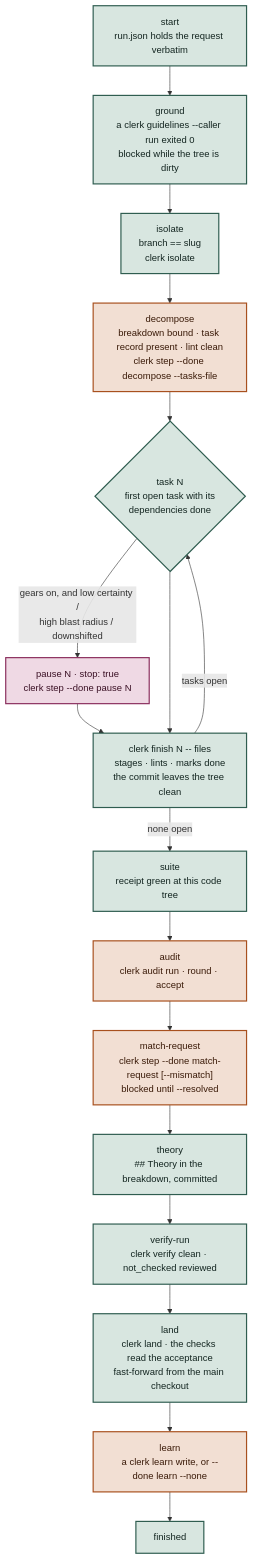
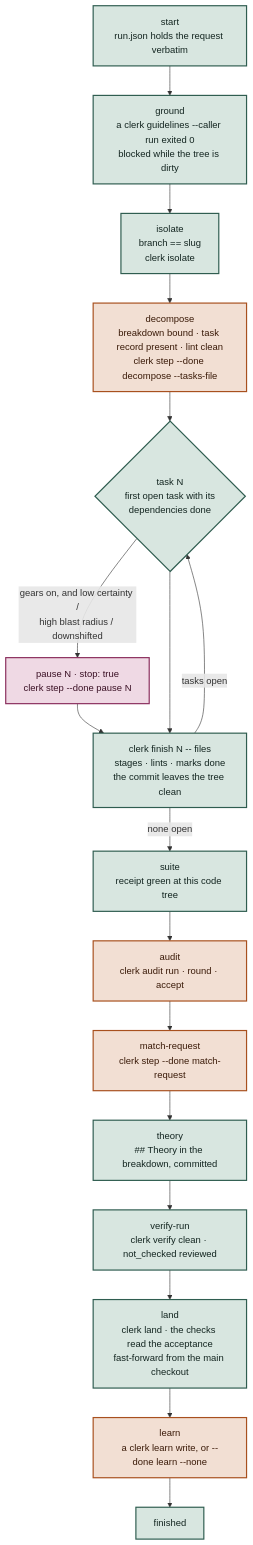
One commit to hpcsc/dotfiles changed the second of 5 diagrams in link/common/dot-config/.config/ai/method/README.md. Above: the diagram before and after it, drawn with Mermaid. The commit also changed 8 other files, not shown here.

First line of the commit message:
Keep match-request's reading, drop its state machine

````diff
--- a/link/common/dot-config/.config/ai/method/README.md
+++ b/link/common/dot-config/.config/ai/method/README.md
@@ -118,25 +118,25 @@
 ```mermaid
 flowchart TD
   START["start<br/>run.json holds the request verbatim"] --> GROUND
   GROUND["ground<br/>a clerk guidelines --caller run exited 0<br/>blocked while the tree is dirty"] --> ISOLATE
   ISOLATE["isolate<br/>branch == slug<br/>clerk isolate"] --> PLAN
   PLAN["decompose<br/>breakdown bound · task record present · lint clean<br/>clerk step --done decompose --tasks-file"] --> TASK
   TASK{"task N<br/>first open task with its<br/>dependencies done"} -->|"gears on, and low certainty /<br/>high blast radius / downshifted"| TESTS
   TESTS["pause N · stop: true<br/>clerk step --done pause N"] --> BUILD
   TASK --> BUILD["clerk finish N -- files<br/>stages · lints · marks done<br/>the commit leaves the tree clean"]
   BUILD -->|"tasks open"| TASK
   BUILD -->|"none open"| SUITE
   SUITE["suite<br/>receipt green at this code tree"] --> AUDIT
   AUDIT["audit<br/>clerk audit run · round · accept"] --> VALIDATE
-  VALIDATE["match-request<br/>clerk step --done match-request [--mismatch]<br/>blocked until --resolved"] --> THEORY
+  VALIDATE["match-request<br/>clerk step --done match-request"] --> THEORY
   THEORY["theory<br/>## Theory in the breakdown, committed"] --> VERIFY
   VERIFY["verify-run<br/>clerk verify clean · not_checked reviewed"] --> LAND
   LAND["land<br/>clerk land · the checks read the acceptance<br/>fast-forward from the main checkout"] --> LEARN
   LEARN["learn<br/>a clerk learn write, or --done learn --none"] --> FIN["finished"]
   classDef derived fill:#D8E6E0,stroke:#2F5D50,stroke-width:2px,color:#132520
   classDef asserted fill:#F2DFD3,stroke:#A8501E,stroke-width:2px,color:#3A1A08
   classDef checked fill:#EFD9E4,stroke:#8A2E5D,stroke-width:2px,color:#3A1024
   class START,GROUND,ISOLATE,TASK,BUILD,SUITE,THEORY,VERIFY,LAND,FIN derived
   class PLAN,AUDIT,VALIDATE,LEARN asserted
   class TESTS checked
 ```
````
